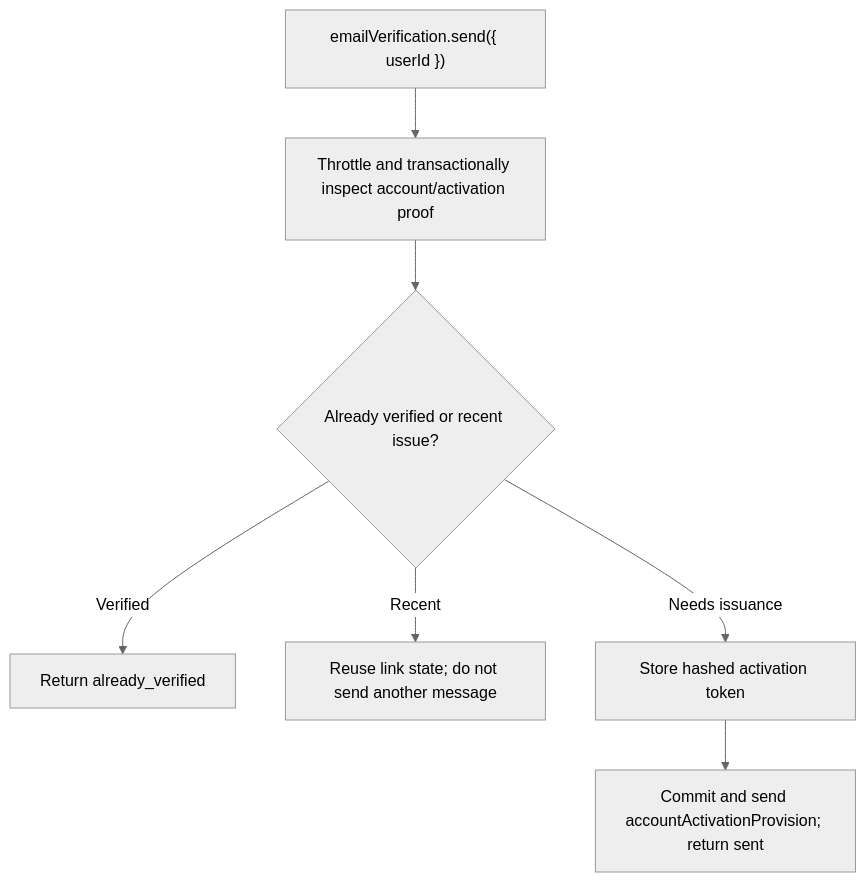
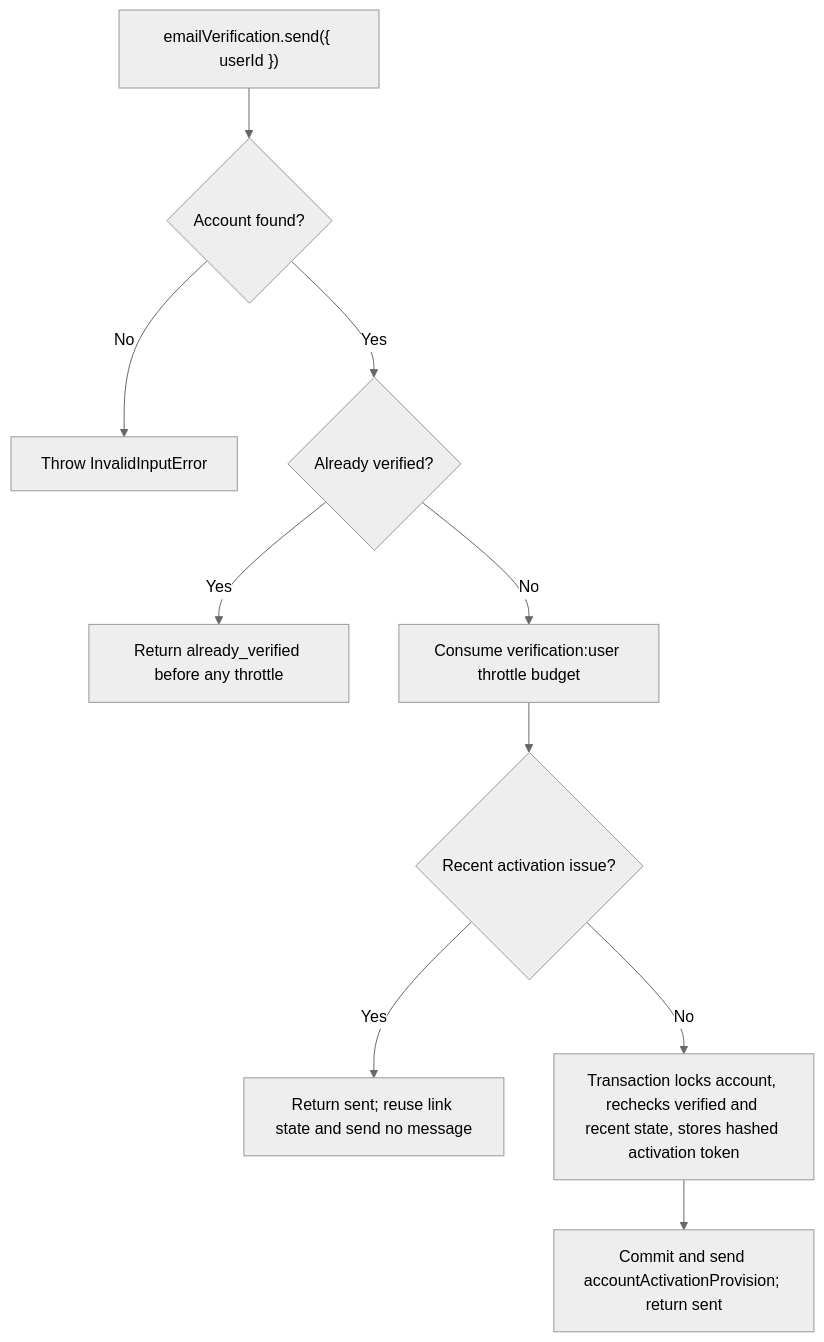
Before and after one commit to Kevinjohn/oss-adonisjs-account-kit: the second of 2 diagrams in user-stories/US-ACCOUNT-37-resend-verification.md, drawn with Mermaid (neutral theme). The commit also changed other lines of this file and 22 other files, not shown here.

````diff
--- a/user-stories/US-ACCOUNT-37-resend-verification.md
+++ b/user-stories/US-ACCOUNT-37-resend-verification.md
@@ -32,9 +32,12 @@
 ```mermaid
 flowchart TD
- A["emailVerification.send({ userId })"] --> B["Throttle and transactionally inspect account/activation proof"]
- B --> C{"Already verified or recent issue?"}
- C -->|Verified| D["Return already_verified"]
- C -->|Recent| E["Reuse link state; do not send another message"]
- C -->|Needs issuance| F["Store hashed activation token"]
+ A["emailVerification.send({ userId })"] --> B{"Account found?"}
+ B -->|No| X["Throw InvalidInputError"]
+ B -->|Yes| C{"Already verified?"}
+ C -->|Yes| D["Return already_verified before any throttle"]
+ C -->|No| T["Consume verification:user throttle budget"]
+ T --> R{"Recent activation issue?"}
+ R -->|Yes| E["Return sent; reuse link state and send no message"]
+ R -->|No| F["Transaction locks account, rechecks verified and recent state, stores hashed activation token"]
  F --> G["Commit and send accountActivationProvision; return sent"]
 ```
````
